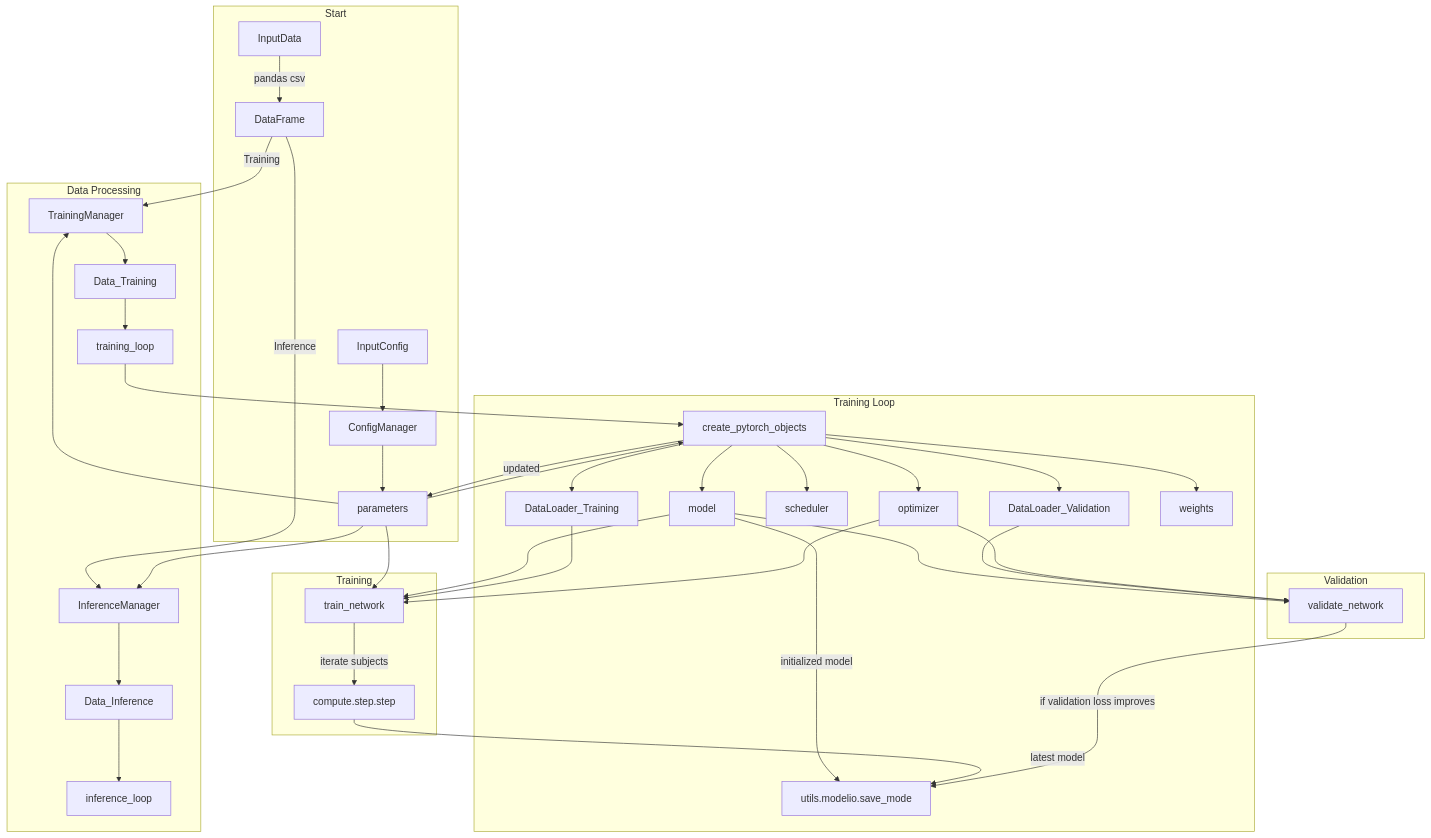
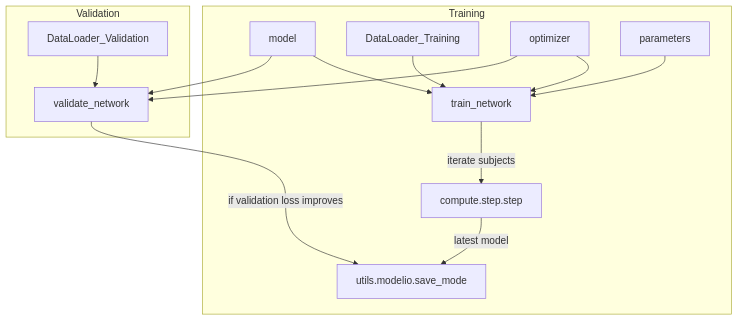
One commit to szmazurek/GaNDLF changed the third of 3 diagrams in docs/flowchart.md. Above: the diagram before and after it, drawn with Mermaid. The commit also changed other lines of this file, not shown here.

Commit message:
split into different graphs

````diff
--- a/docs/flowchart.md
+++ b/docs/flowchart.md
@@ -3,44 +37,19 @@
 ```mermaid
 flowchart TD
-    subgraph Input [Start]
-        InputData -->|pandas csv| DataFrame
-        InputConfig --> ConfigManager --> parameters
-    end
-
-    subgraph Data Processing
-        DataFrame --> |Training| TrainingManager --> Data_Training --> training_loop
-        DataFrame --> |Inference| InferenceManager --> Data_Inference --> inference_loop
-        parameters --> TrainingManager
-        parameters --> InferenceManager
-    end
-
-    subgraph Training Loop
-        training_loop --> create_pytorch_objects
-        parameters --> create_pytorch_objects
-        create_pytorch_objects --> model
-        create_pytorch_objects --> optimizer
-        create_pytorch_objects --> scheduler
-        create_pytorch_objects --> DataLoader_Training
-        create_pytorch_objects --> DataLoader_Validation
-        create_pytorch_objects --> weights
-        create_pytorch_objects -->|updated| parameters
-        model -->|initialized model| utils.modelio.save_mode
-    end
-
     subgraph Training
         model --> train_network
         DataLoader_Training --> train_network
         optimizer --> train_network
         parameters --> train_network
         train_network -->|iterate subjects| compute.step.step
         compute.step.step -->|latest model| utils.modelio.save_mode
     end
 
     subgraph Validation
         model --> validate_network
         DataLoader_Validation --> validate_network
         optimizer --> validate_network
         validate_network -->|if validation loss improves| utils.modelio.save_mode
     end
 
 ```
````
